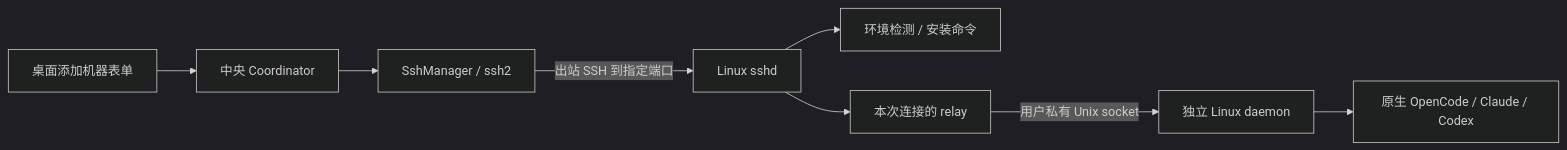
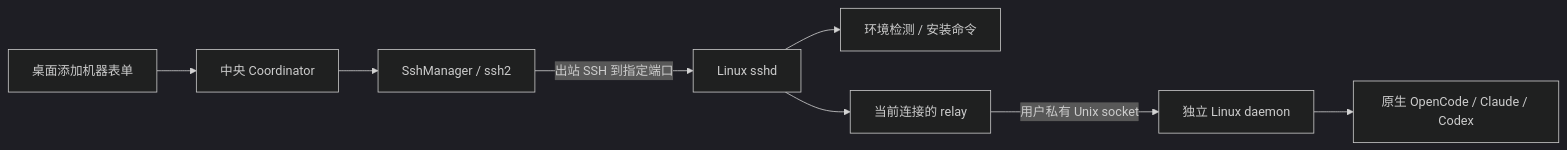
One commit to wsjq5477/MA-Relay changed the first of 4 diagrams in doc/modules/04-ssh-access/design.md. Above: the diagram before and after it, drawn with Mermaid (dark theme). The commit also changed other lines of this file and 168 other files, not shown here.

````diff
--- a/doc/modules/04-ssh-access/design.md
+++ b/doc/modules/04-ssh-access/design.md
@@ -59,10 +59,10 @@
 ```mermaid
 flowchart LR
   UI[桌面添加机器表单] --> C[中央 Coordinator]
   C --> S[SshManager / ssh2]
   S -->|出站 SSH 到指定端口| H[Linux sshd]
   H --> E[环境检测 / 安装命令]
-  H --> R[本次连接的 relay]
+  H --> R[当前连接的 relay]
   R -->|用户私有 Unix socket| D[独立 Linux daemon]
   D --> A[原生 OpenCode / Claude / Codex]
 ```
````
